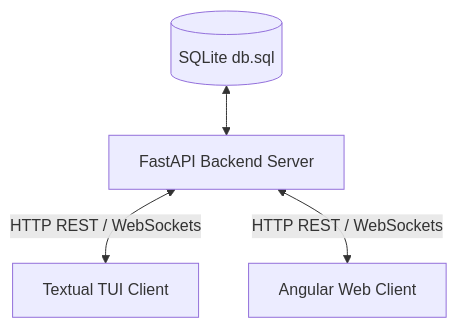
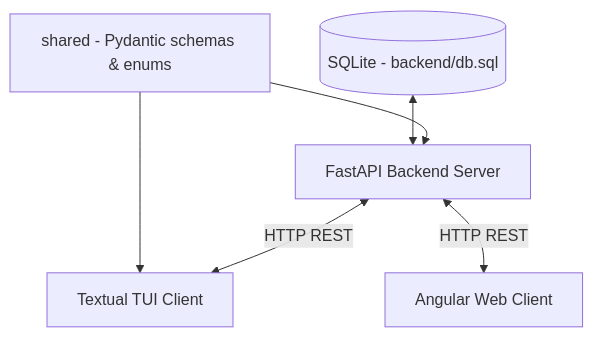
One commit to tame0001/goose changed the diagram in PROJECT_STRUCTURE.md. Above: the diagram before and after it, drawn with Mermaid. The commit also changed other lines of this file, not shown here.

````diff
--- a/PROJECT_STRUCTURE.md
+++ b/PROJECT_STRUCTURE.md
@@ -55,6 +64,9 @@
 ```mermaid
 graph TD
-    DB[(SQLite db.sql)] <--> Backend[FastAPI Backend Server]
-    Backend <-->|HTTP REST / WebSockets| TUI[Textual TUI Client]
-    Backend <-->|HTTP REST / WebSockets| Angular[Angular Web Client]
+    Shared[shared - Pydantic schemas & enums]
+    DB[(SQLite - backend/db.sql)] <--> Backend[FastAPI Backend Server]
+    Shared --> Backend
+    Shared --> TUI
+    Backend <-->|HTTP REST| TUI[Textual TUI Client]
+    Backend <-->|HTTP REST| Angular[Angular Web Client]
 ```
````
